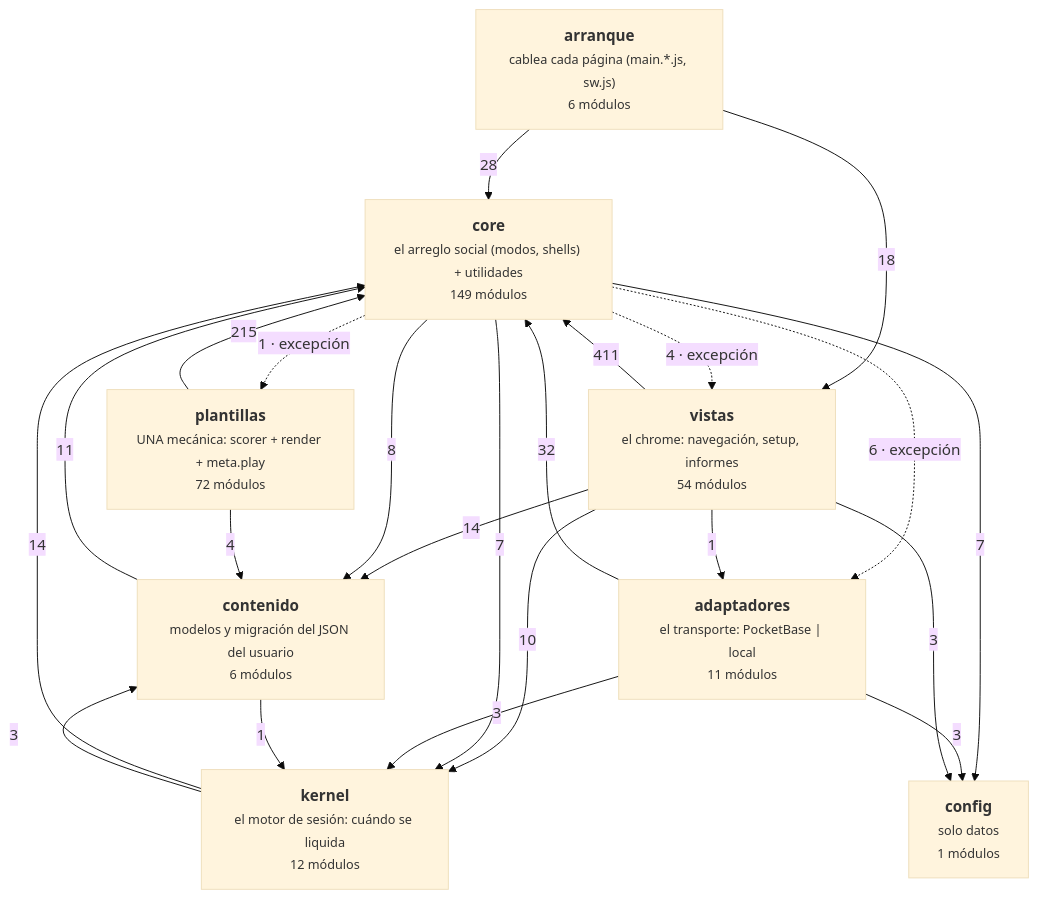
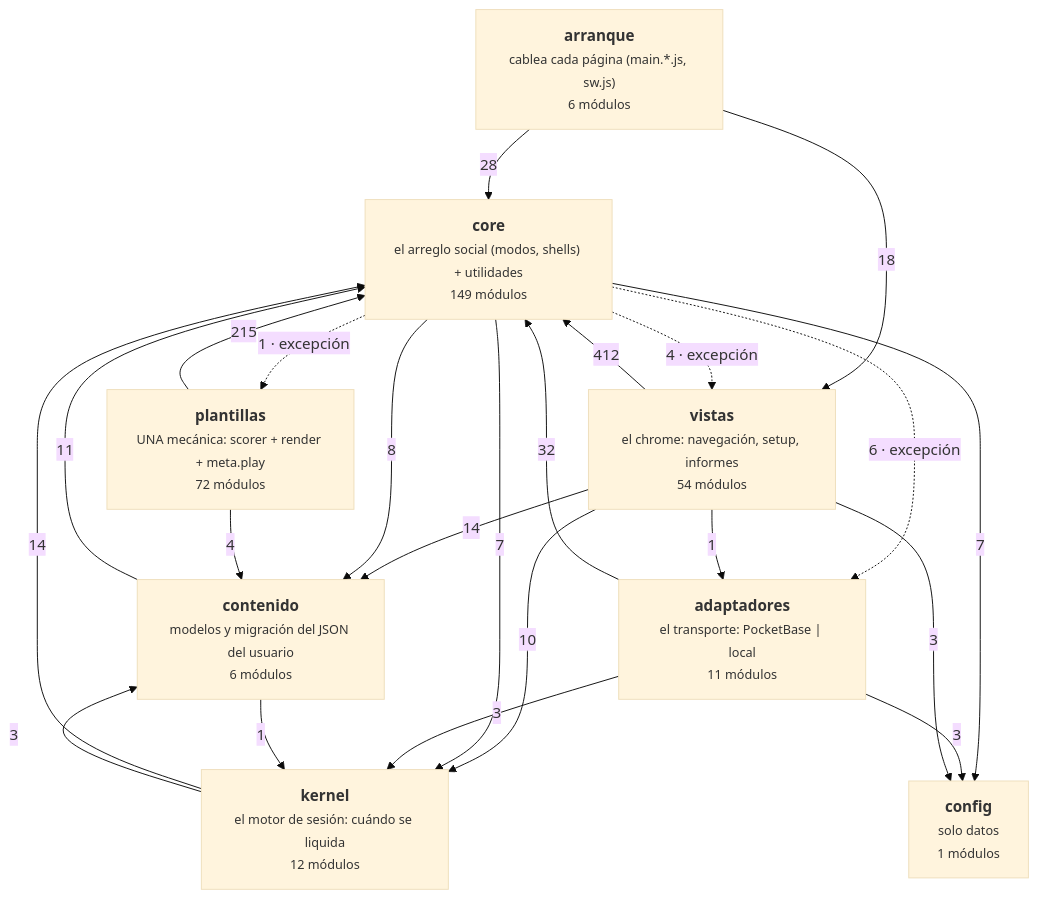
One commit to duecaz/ac changed the diagram in docs/arquitectura-modulos.md. Above: the diagram before and after it, drawn with Mermaid (base theme). The commit also changed other lines of this file and 28 other files, not shown here.

````diff
--- a/docs/arquitectura-modulos.md
+++ b/docs/arquitectura-modulos.md
@@ -56,33 +56,33 @@
 ```mermaid
 graph TD
   A["<b>arranque</b><br/><small>cablea cada página (main.*.js, sw.js)</small><br/><small>6 módulos</small>"]
   V["<b>vistas</b><br/><small>el chrome: navegación, setup, informes</small><br/><small>54 módulos</small>"]
   AD["<b>adaptadores</b><br/><small>el transporte: PocketBase | local</small><br/><small>11 módulos</small>"]
   C["<b>core</b><br/><small>el arreglo social (modos, shells) + utilidades</small><br/><small>149 módulos</small>"]
   K["<b>kernel</b><br/><small>el motor de sesión: cuándo se liquida</small><br/><small>12 módulos</small>"]
   T["<b>plantillas</b><br/><small>UNA mecánica: scorer + render + meta.play</small><br/><small>72 módulos</small>"]
   CO["<b>contenido</b><br/><small>modelos y migración del JSON del usuario</small><br/><small>6 módulos</small>"]
   CF["<b>config</b><br/><small>solo datos</small><br/><small>1 módulos</small>"]
-  V -->|411| C
+  V -->|412| C
   T -->|215| C
   AD -->|32| C
   A -->|28| C
   A -->|18| V
   K -->|14| C
   V -->|14| CO
   CO -->|11| C
   V -->|10| K
   C -->|8| CO
   C -->|7| K
   C -->|7| CF
   C -.->|6 · excepción| AD
   C -.->|4 · excepción| V
   T -->|4| CO
   AD -->|3| CF
   AD -->|3| K
   K -->|3| CO
   V -->|3| CF
   C -.->|1 · excepción| T
   CO -->|1| K
   V -->|1| AD
 ```
````
